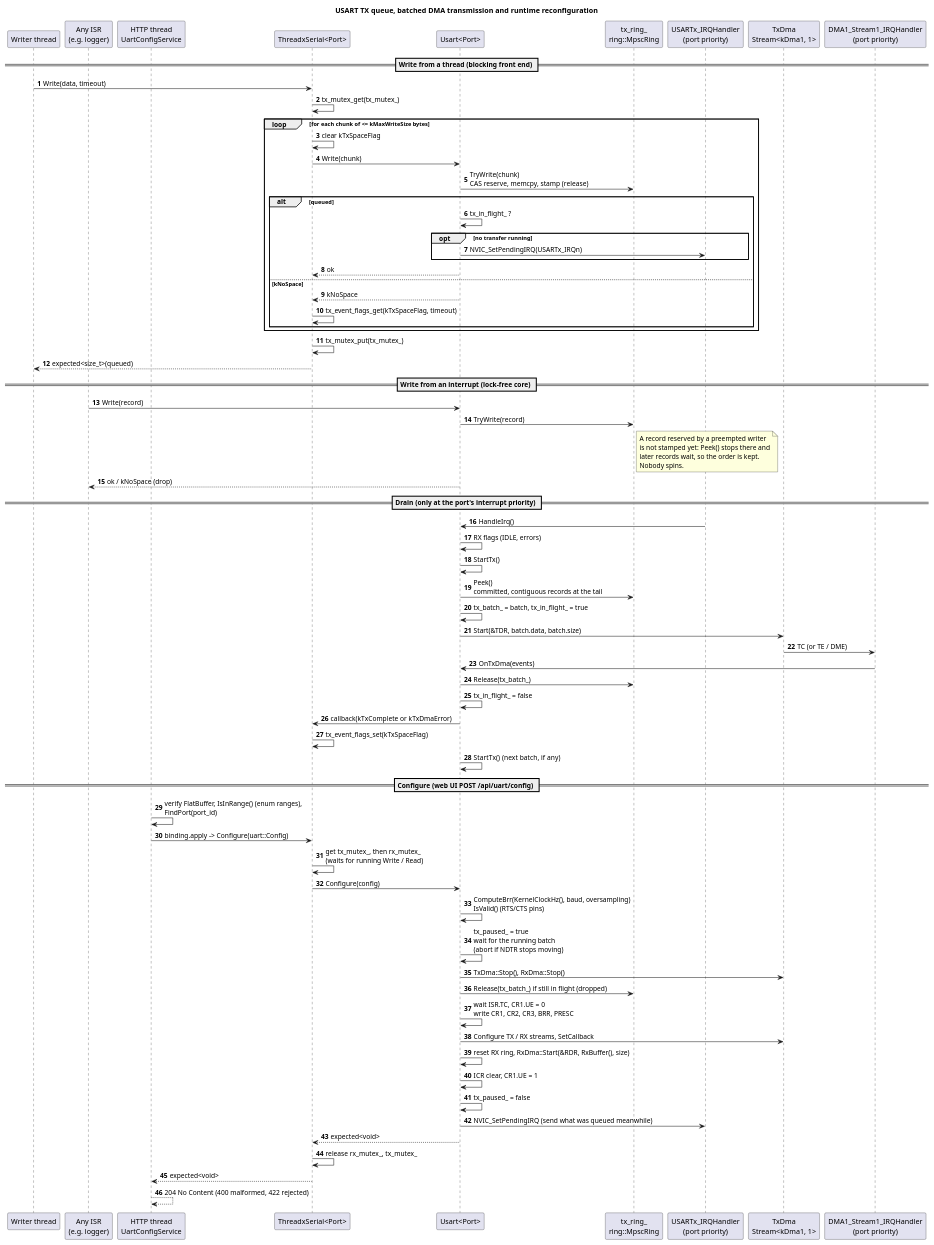
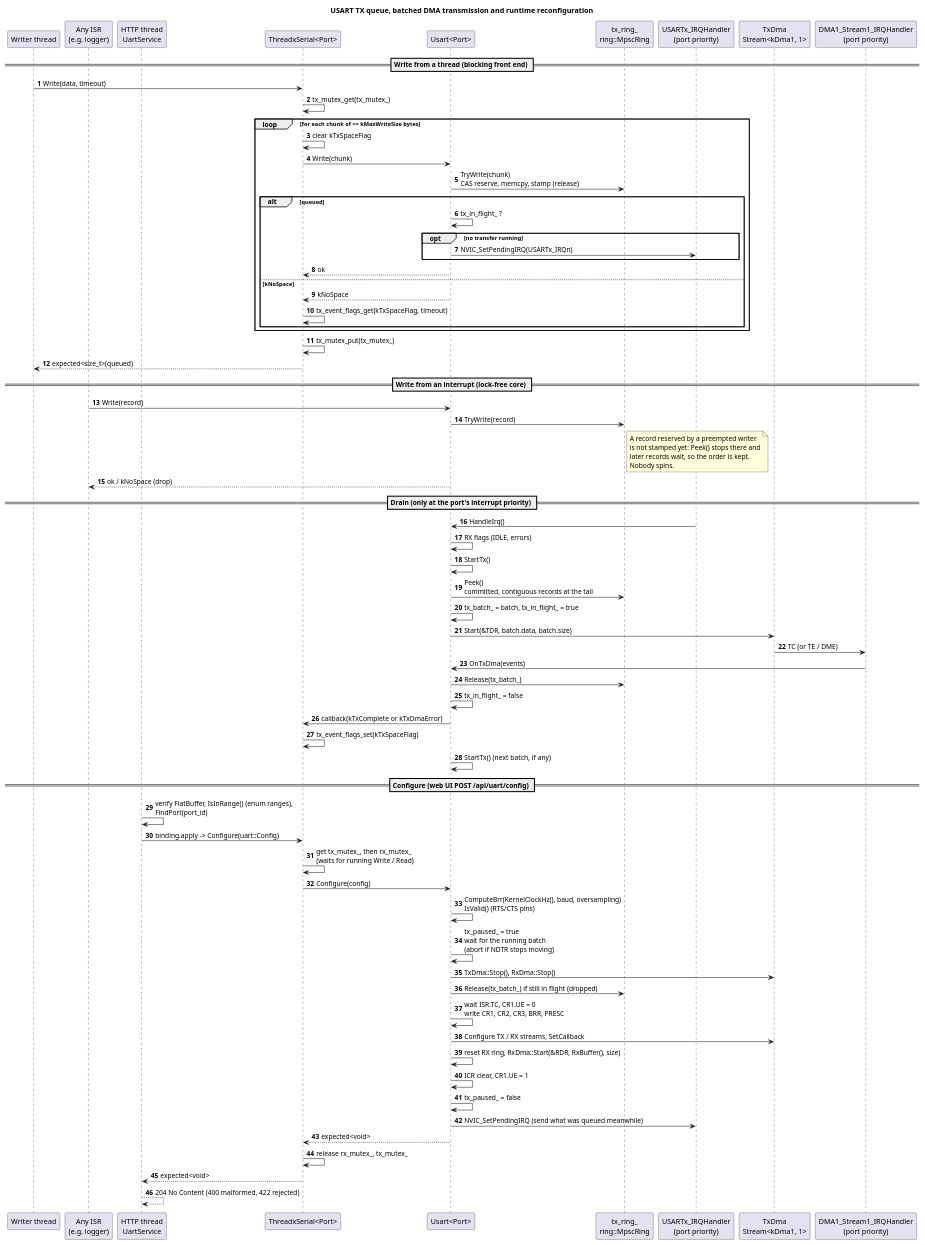
One commit to ertekinsener/stm32h7-drivers changed the diagram in docs/uart/usart_tx_configure_sequence.puml. Above: the diagram before and after it, drawn with PlantUML. The commit also changed 4 other files, not shown here.

```diff
--- a/docs/uart/usart_tx_configure_sequence.puml
+++ b/docs/uart/usart_tx_configure_sequence.puml
@@ -1,81 +1,81 @@
 @startuml usart_tx_configure_sequence
 title USART TX queue, batched DMA transmission and runtime reconfiguration
 autonumber
 
 participant "Writer thread" as W
 participant "Any ISR\n(e.g. logger)" as I
-participant "HTTP thread\nUartConfigService" as H
+participant "HTTP thread\nUartService" as H
 participant "ThreadxSerial<Port>" as S
 participant "Usart<Port>" as U
 participant "tx_ring_\nring::MpscRing" as R
 participant "USARTx_IRQHandler\n(port priority)" as UI
 participant "TxDma\nStream<kDma1, 1>" as D
 participant "DMA1_Stream1_IRQHandler\n(port priority)" as DI
 
 == Write from a thread (blocking front end) ==
 W -> S : Write(data, timeout)
 S -> S : tx_mutex_get(tx_mutex_)
 loop for each chunk of <= kMaxWriteSize bytes
   S -> S : clear kTxSpaceFlag
   S -> U : Write(chunk)
   U -> R : TryWrite(chunk)\nCAS reserve, memcpy, stamp (release)
   alt queued
     U -> U : tx_in_flight_ ?
     opt no transfer running
       U -> UI : NVIC_SetPendingIRQ(USARTx_IRQn)
     end
     U --> S : ok
   else kNoSpace
     U --> S : kNoSpace
     S -> S : tx_event_flags_get(kTxSpaceFlag, timeout)
   end
 end
 S -> S : tx_mutex_put(tx_mutex_)
 S --> W : expected<size_t>(queued)
 
 == Write from an interrupt (lock-free core) ==
 I -> U : Write(record)
 U -> R : TryWrite(record)
 note right of R
   A record reserved by a preempted writer
   is not stamped yet: Peek() stops there and
   later records wait, so the order is kept.
   Nobody spins.
 end note
 U --> I : ok / kNoSpace (drop)
 
 == Drain (only at the port's interrupt priority) ==
 UI -> U : HandleIrq()
 U -> U : RX flags (IDLE, errors)
 U -> U : StartTx()
 U -> R : Peek()\ncommitted, contiguous records at the tail
 U -> U : tx_batch_ = batch, tx_in_flight_ = true
 U -> D : Start(&TDR, batch.data, batch.size)
 D -> DI : TC (or TE / DME)
 DI -> U : OnTxDma(events)
 U -> R : Release(tx_batch_)
 U -> U : tx_in_flight_ = false
 U -> S : callback(kTxComplete or kTxDmaError)
 S -> S : tx_event_flags_set(kTxSpaceFlag)
 U -> U : StartTx()  (next batch, if any)
 
 == Configure (web UI POST /api/uart/config) ==
 H -> H : verify FlatBuffer, IsInRange() (enum ranges),\nFindPort(port_id)
 H -> S : binding.apply -> Configure(uart::Config)
 S -> S : get tx_mutex_, then rx_mutex_\n(waits for running Write / Read)
 S -> U : Configure(config)
 U -> U : ComputeBrr(KernelClockHz(), baud, oversampling)\nIsValid() (RTS/CTS pins)
 U -> U : tx_paused_ = true\nwait for the running batch\n(abort if NDTR stops moving)
 U -> D : TxDma::Stop(), RxDma::Stop()
 U -> R : Release(tx_batch_) if still in flight (dropped)
 U -> U : wait ISR.TC, CR1.UE = 0\nwrite CR1, CR2, CR3, BRR, PRESC
 U -> D : Configure TX / RX streams, SetCallback
 U -> U : reset RX ring, RxDma::Start(&RDR, RxBuffer(), size)
 U -> U : ICR clear, CR1.UE = 1
 U -> U : tx_paused_ = false
 U -> UI : NVIC_SetPendingIRQ (send what was queued meanwhile)
 U --> S : expected<void>
 S -> S : release rx_mutex_, tx_mutex_
 S --> H : expected<void>
 H --> H : 204 No Content (400 malformed, 422 rejected)
 @enduml
```
